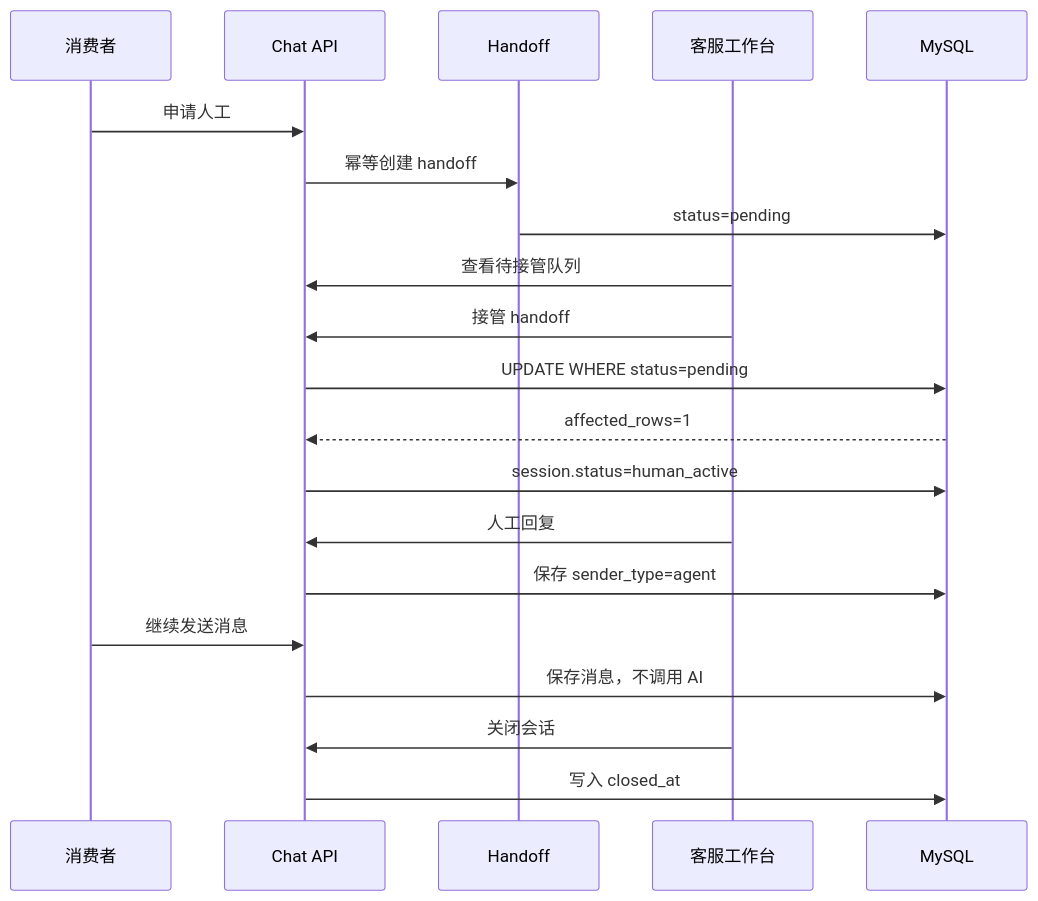
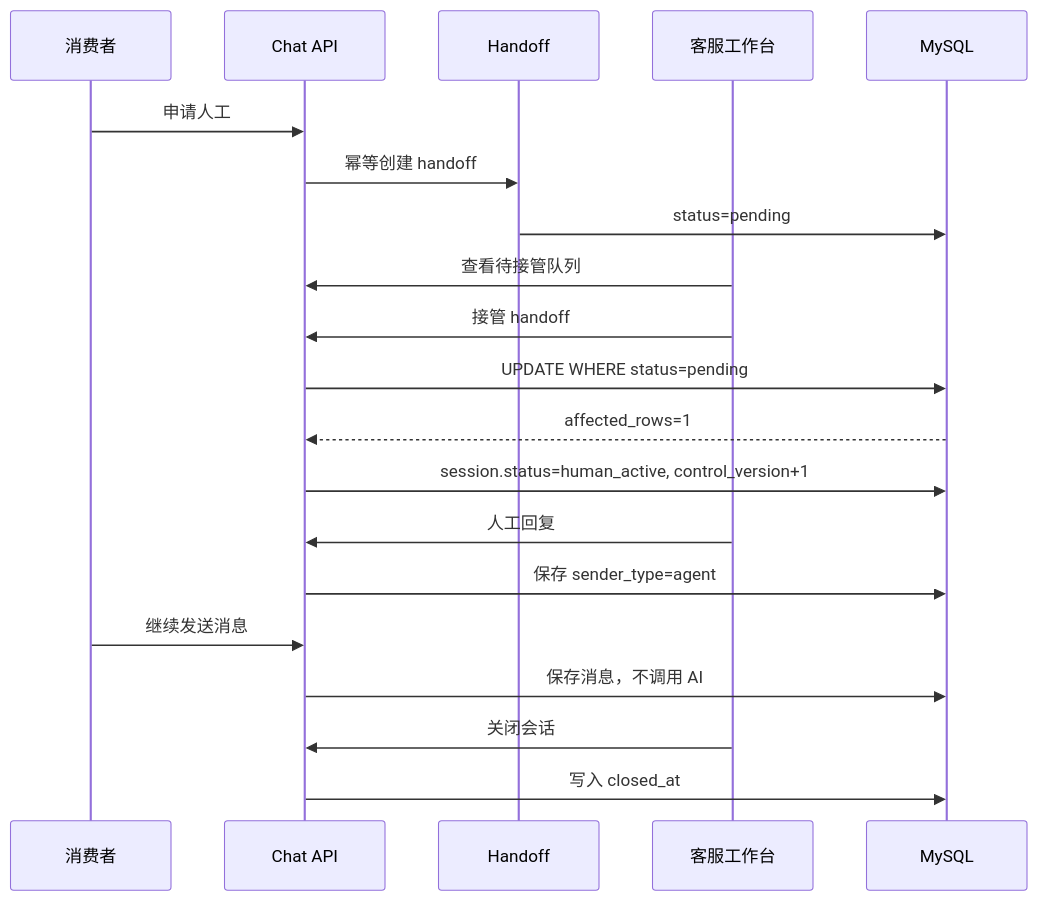
Before and after one commit to user-liniubi/smartshop: the fourth of 6 diagrams in docs/ARCHITECTURE.md, drawn with Mermaid. The commit also changed other lines of this file and 53 other files, not shown here.

````diff
--- a/docs/ARCHITECTURE.md
+++ b/docs/ARCHITECTURE.md
@@ -94,23 +108,23 @@
 ```mermaid
 sequenceDiagram
     participant U as 消费者
     participant API as Chat API
     participant H as Handoff
     participant A as 客服工作台
     participant DB as MySQL
 
     U->>API: 申请人工
     API->>H: 幂等创建 handoff
     H->>DB: status=pending
     A->>API: 查看待接管队列
     A->>API: 接管 handoff
     API->>DB: UPDATE WHERE status=pending
     DB-->>API: affected_rows=1
-    API->>DB: session.status=human_active
+    API->>DB: session.status=human_active, control_version+1
     A->>API: 人工回复
     API->>DB: 保存 sender_type=agent
     U->>API: 继续发送消息
     API->>DB: 保存消息，不调用 AI
     A->>API: 关闭会话
     API->>DB: 写入 closed_at
 ```
````
